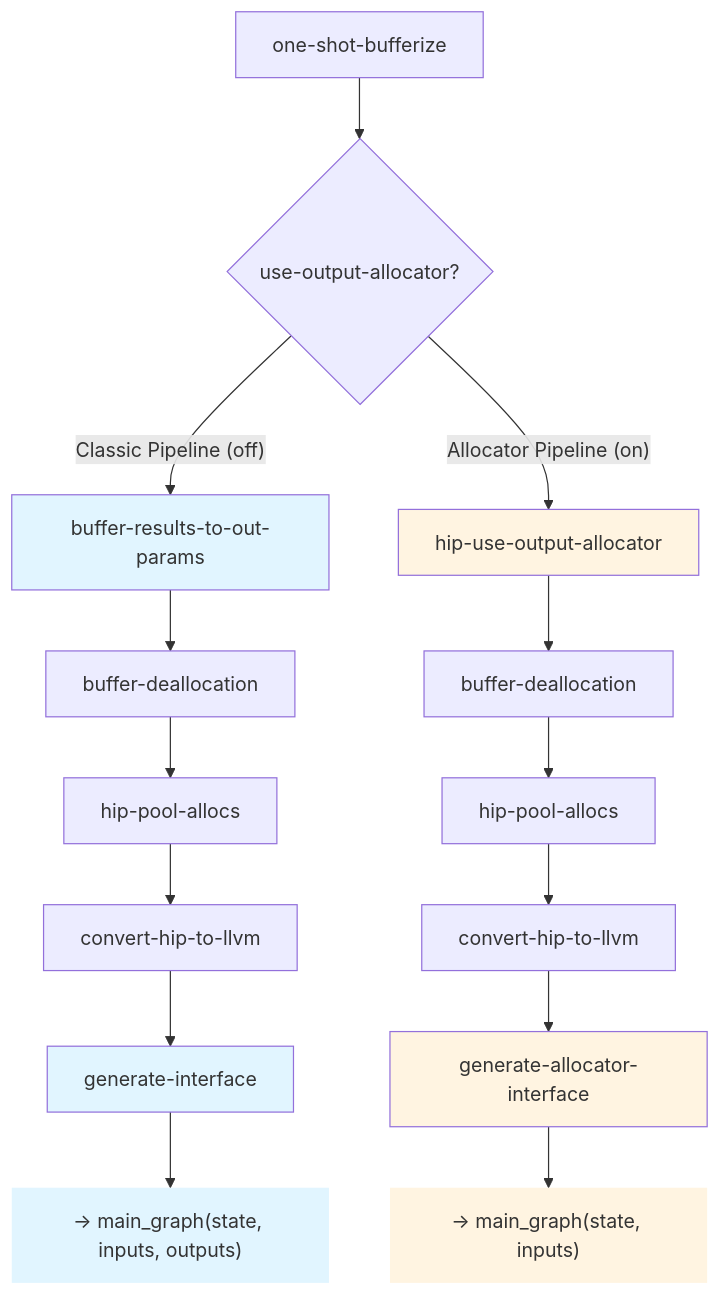
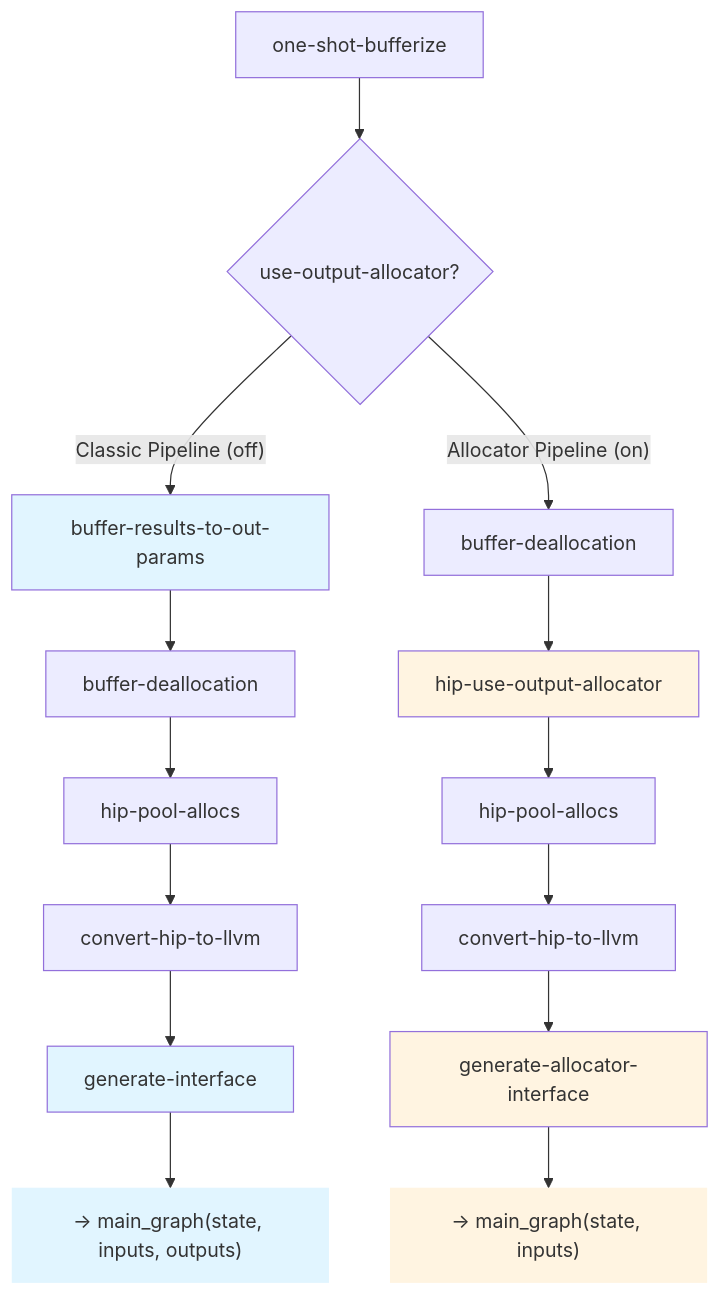
Before and after one commit to ROCm/hip-ep: the first of 2 diagrams in docs/design/output-allocator-design.md, drawn with Mermaid. The commit also changed other lines of this file and 9 other files, not shown here.

````diff
--- a/docs/design/output-allocator-design.md
+++ b/docs/design/output-allocator-design.md
@@ -51,28 +51,28 @@
 ```mermaid
 graph TD
     A[one-shot-bufferize] --> B{"use-output-allocator?"}
     B -->|"Classic Pipeline (off)"| D1[buffer-results-to-out-params]
-    B -->|"Allocator Pipeline (on)"| D2[hip-use-output-allocator]
+    B -->|"Allocator Pipeline (on)"| E2[buffer-deallocation]
 
     D1 --> E1[buffer-deallocation]
-    D2 --> E2[buffer-deallocation]
+    E2 --> D2[hip-use-output-allocator]
 
     E1 --> F1[hip-pool-allocs]
-    E2 --> F2[hip-pool-allocs]
+    D2 --> F2[hip-pool-allocs]
 
     F1 --> G1[convert-hip-to-llvm]
     F2 --> G2[convert-hip-to-llvm]
 
     G1 --> H1[generate-interface]
     G2 --> H2[generate-allocator-interface]
 
     H1 --> O1["→ main_graph(state, inputs, outputs)"]
     H2 --> O2["→ main_graph(state, inputs)"]
 
     style D1 fill:#e1f5ff
     style H1 fill:#e1f5ff
     style O1 fill:#e1f5ff,stroke-width:0px
     style D2 fill:#fff4e1
     style H2 fill:#fff4e1
     style O2 fill:#fff4e1,stroke-width:0px
 ```
````
